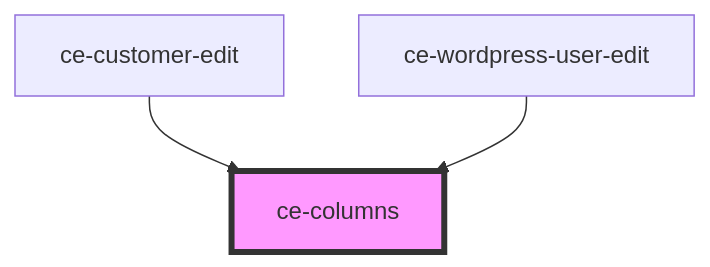
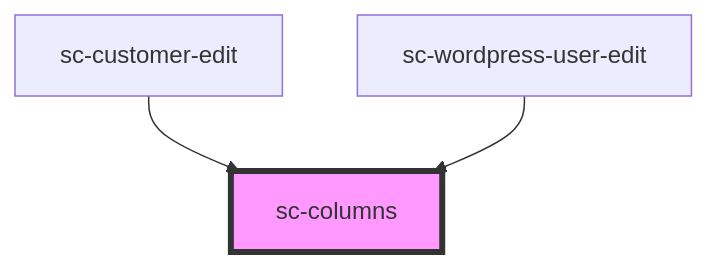
The diagram in packages/components/src/components/ui/columns/readme.md (surecart/surecart-wp-plugin), drawn with Mermaid before and after one commit. The commit also changed other lines of this file and 1281 other files, not shown here.

````diff
--- a/packages/components/src/components/ui/columns/readme.md
+++ b/packages/components/src/components/ui/columns/readme.md
@@ -24,6 +24,6 @@
 ```mermaid
 graph TD;
-  ce-customer-edit --> ce-columns
-  ce-wordpress-user-edit --> ce-columns
-  style ce-columns fill:#f9f,stroke:#333,stroke-width:4px
+  sc-customer-edit --> sc-columns
+  sc-wordpress-user-edit --> sc-columns
+  style sc-columns fill:#f9f,stroke:#333,stroke-width:4px
 ```
````
